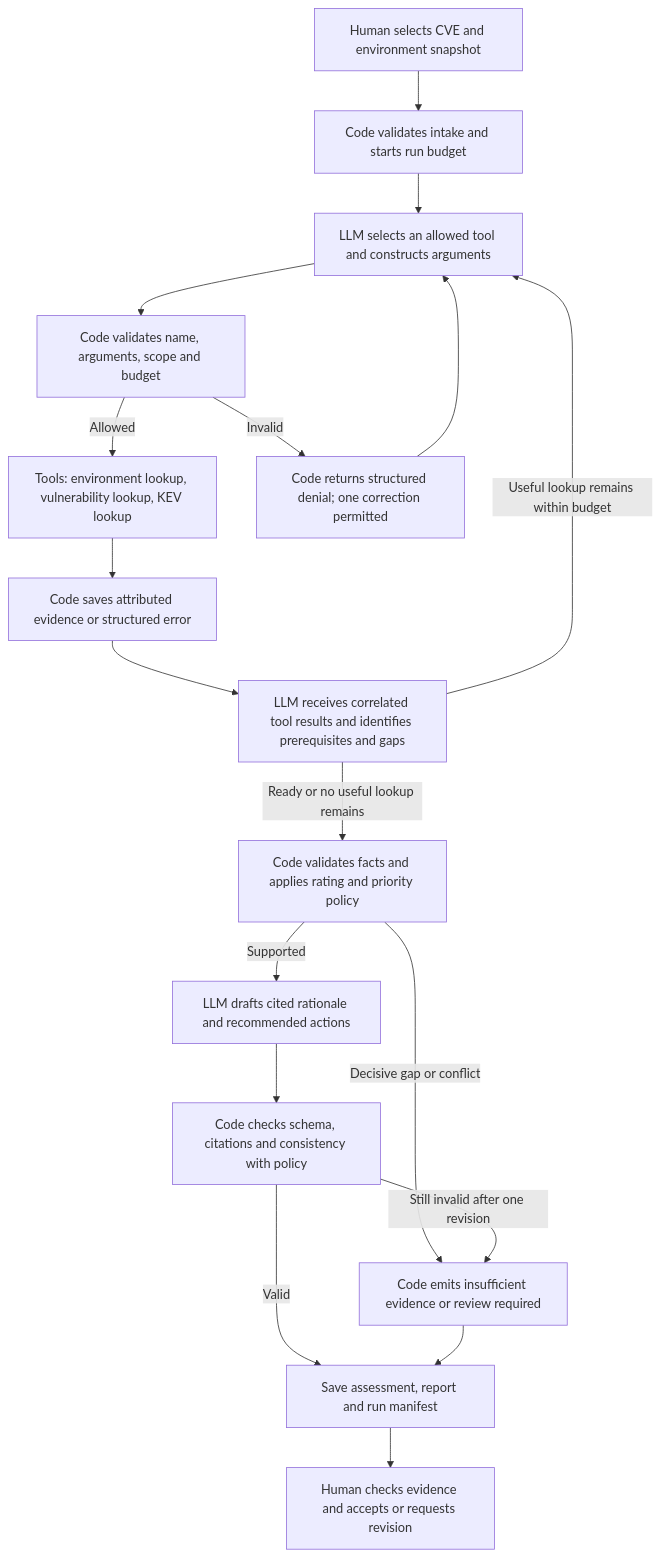
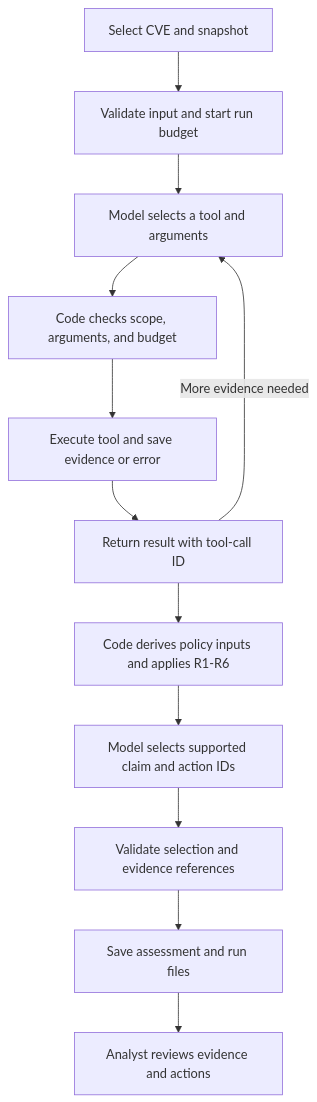
The diagram in docs/STEP_1_DESIGN.md (Deekshitha2203/security-triage-agent-cybersec590), drawn with Mermaid before and after one commit. The commit also changed other lines of this file and 13 other files, not shown here.

````diff
--- a/docs/STEP_1_DESIGN.md
+++ b/docs/STEP_1_DESIGN.md
@@ -83,20 +48,14 @@
 ```mermaid
 flowchart TD
-    A[Human selects CVE and environment snapshot] --> B[Code validates intake and starts run budget]
-    B --> C[LLM selects an allowed tool and constructs arguments]
-    C --> D[Code validates name, arguments, scope and budget]
-    D -->|Allowed| E[Tools: environment lookup, vulnerability lookup, KEV lookup]
-    D -->|Invalid| F[Code returns structured denial; one correction permitted]
-    F --> C
-    E --> G[Code saves attributed evidence or structured error]
-    G --> H[LLM receives correlated tool results and identifies prerequisites and gaps]
-    H -->|Useful lookup remains within budget| C
-    H -->|Ready or no useful lookup remains| I[Code validates facts and applies rating and priority policy]
-    I -->|Supported| J[LLM drafts cited rationale and recommended actions]
-    I -->|Decisive gap or conflict| K[Code emits insufficient evidence or review required]
-    J --> L[Code checks schema, citations and consistency with policy]
-    L -->|Valid| M[Save assessment, report and run manifest]
-    L -->|Still invalid after one revision| K
-    K --> M
-    M --> N[Human checks evidence and accepts or requests revision]
+    A[Select CVE and snapshot] --> B[Validate input and start run budget]
+    B --> C[Model selects a tool and arguments]
+    C --> D[Code checks scope, arguments, and budget]
+    D --> E[Execute tool and save evidence or error]
+    E --> F[Return result with tool-call ID]
+    F -->|More evidence needed| C
+    F --> G[Code derives policy inputs and applies R1-R6]
+    G --> H[Model selects supported claim and action IDs]
+    H --> I[Validate selection and evidence references]
+    I --> J[Save assessment and run files]
+    J --> K[Analyst reviews evidence and actions]
 ```
````
